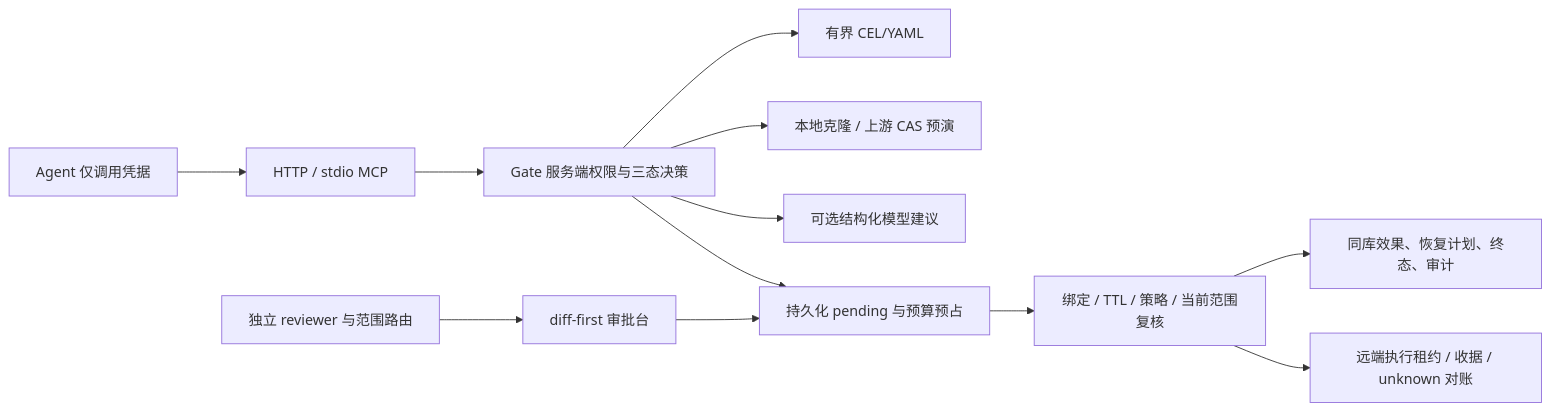
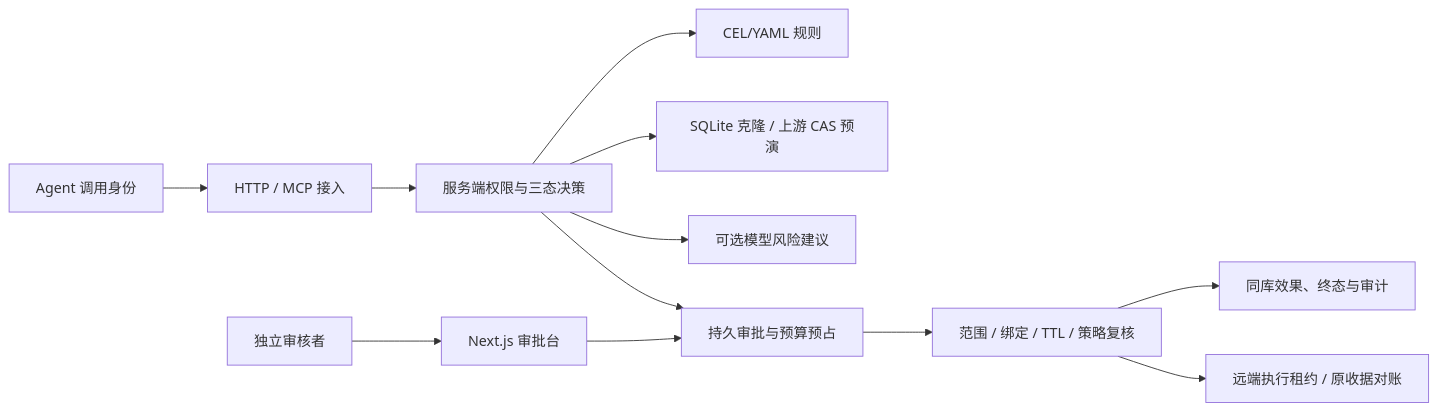
Before and after one commit to Changxin-YR/AIRLOCK: the diagram in docs/PLAN.md, drawn with Mermaid. The commit also changed other lines of this file and 47 other files, not shown here.

````diff
--- a/docs/PLAN.md
+++ b/docs/PLAN.md
@@ -7,14 +7,14 @@
 ```mermaid
 flowchart LR
-  Agent[Agent 仅调用凭据] --> HTTP[HTTP / stdio MCP]
-  HTTP --> Gate[Gate 服务端权限与三态决策]
-  Gate --> CEL[有界 CEL/YAML]
-  Gate --> Preview[本地克隆 / 上游 CAS 预演]
-  Gate --> Model[可选结构化模型建议]
-  Gate --> Pending[持久化 pending 与预算预占]
-  Reviewer[独立 reviewer 与范围路由] --> UI[diff-first 审批台]
+  Agent[Agent 调用身份] --> HTTP[HTTP / MCP 接入]
+  HTTP --> Gate[服务端权限与三态决策]
+  Gate --> CEL[CEL/YAML 规则]
+  Gate --> Preview[SQLite 克隆 / 上游 CAS 预演]
+  Gate --> Model[可选模型风险建议]
+  Gate --> Pending[持久审批与预算预占]
+  Reviewer[独立审核者] --> UI[Next.js 审批台]
   UI --> Pending
-  Pending --> Validate[绑定 / TTL / 策略 / 当前范围复核]
-  Validate --> Local[同库效果、恢复计划、终态、审计]
-  Validate --> Remote[远端执行租约 / 收据 / unknown 对账]
+  Pending --> Validate[范围 / 绑定 / TTL / 策略复核]
+  Validate --> Local[同库效果、终态与审计]
+  Validate --> Remote[远端执行租约 / 原收据对账]
 ```
````
